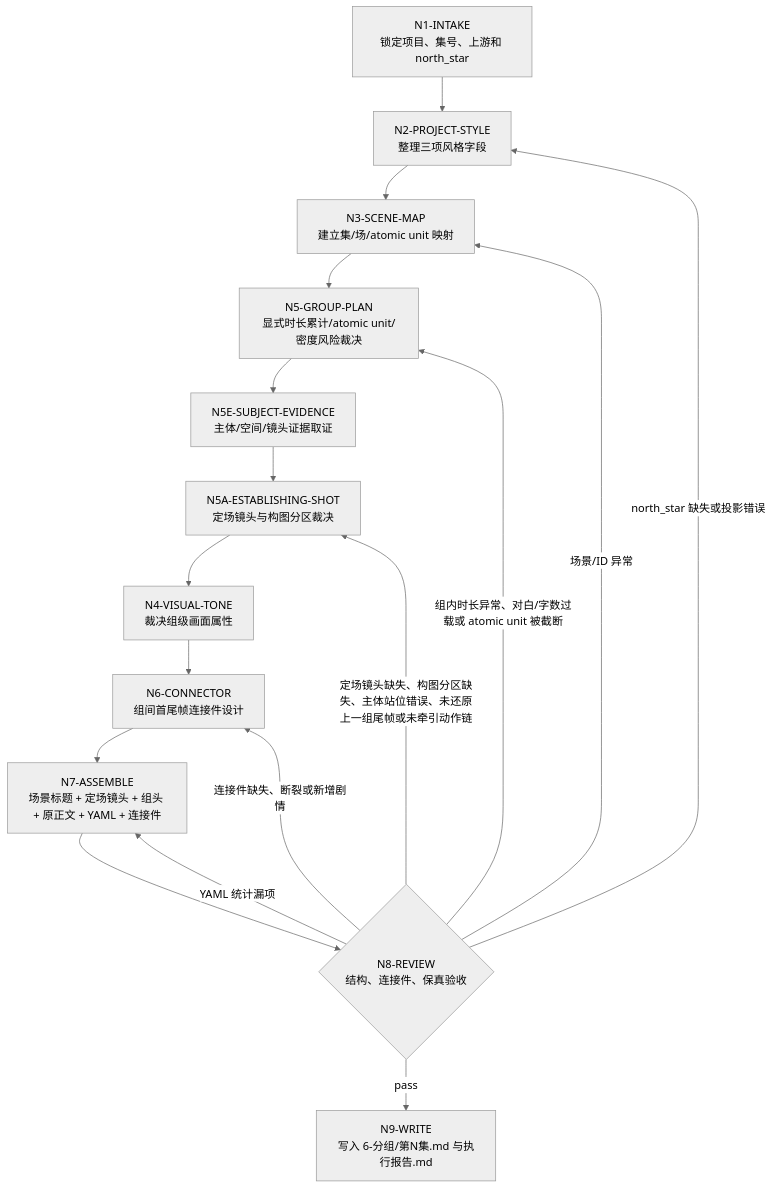
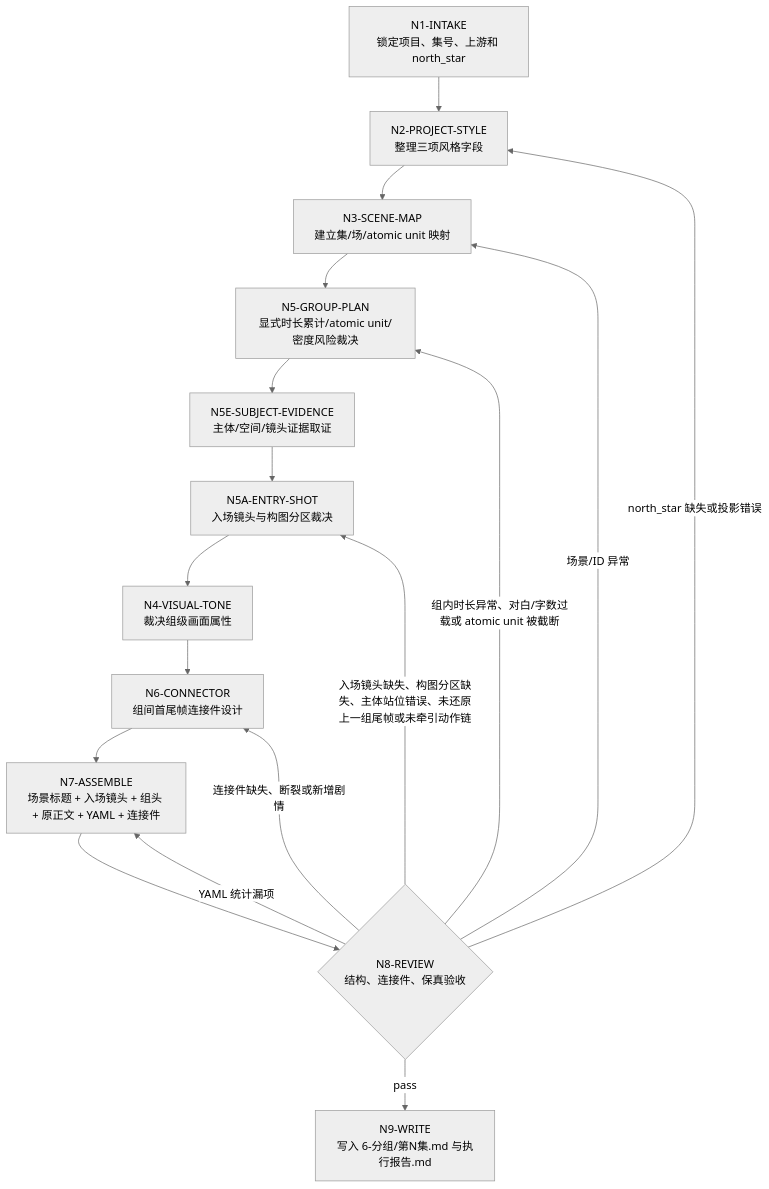
One commit to ZEN-VOID/AI-CUT changed the first of 3 diagrams in .agents/skills/aigc/6-分组/steps/grouping-workflow.md. Above: the diagram before and after it, drawn with Mermaid (neutral theme). The commit also changed other lines of this file and 209 other files, not shown here.

````diff
--- a/.agents/skills/aigc/6-分组/steps/grouping-workflow.md
+++ b/.agents/skills/aigc/6-分组/steps/grouping-workflow.md
@@ -19,19 +19,19 @@
 ```mermaid
 flowchart TD
     N1["N1-INTAKE<br/>锁定项目、集号、上游和 north_star"] --> N2["N2-PROJECT-STYLE<br/>整理三项风格字段"]
     N2 --> N3["N3-SCENE-MAP<br/>建立集/场/atomic unit 映射"]
     N3 --> N5["N5-GROUP-PLAN<br/>显式时长累计/atomic unit/密度风险裁决"]
     N5 --> N5E["N5E-SUBJECT-EVIDENCE<br/>主体/空间/镜头证据取证"]
-    N5E --> N5A["N5A-ESTABLISHING-SHOT<br/>定场镜头与构图分区裁决"]
+    N5E --> N5A["N5A-ENTRY-SHOT<br/>入场镜头与构图分区裁决"]
     N5A --> N4["N4-VISUAL-TONE<br/>裁决组级画面属性"]
     N4 --> N6["N6-CONNECTOR<br/>组间首尾帧连接件设计"]
-    N6 --> N7["N7-ASSEMBLE<br/>场景标题 + 定场镜头 + 组头 + 原正文 + YAML + 连接件"]
+    N6 --> N7["N7-ASSEMBLE<br/>场景标题 + 入场镜头 + 组头 + 原正文 + YAML + 连接件"]
     N7 --> N8{"N8-REVIEW<br/>结构、连接件、保真验收"}
     N8 -->|"pass"| N9["N9-WRITE<br/>写入 6-分组/第N集.md 与执行报告.md"]
     N8 -->|"north_star 缺失或投影错误"| N2
     N8 -->|"场景/ID 异常"| N3
     N8 -->|"组内时长异常、对白/字数过载或 atomic unit 被截断"| N5
-    N8 -->|"定场镜头缺失、构图分区缺失、主体站位错误、未还原上一组尾帧或未牵引动作链"| N5A
+    N8 -->|"入场镜头缺失、构图分区缺失、主体站位错误、未还原上一组尾帧或未牵引动作链"| N5A
     N8 -->|"连接件缺失、断裂或新增剧情"| N6
     N8 -->|"YAML 统计漏项"| N7
 ```
````
